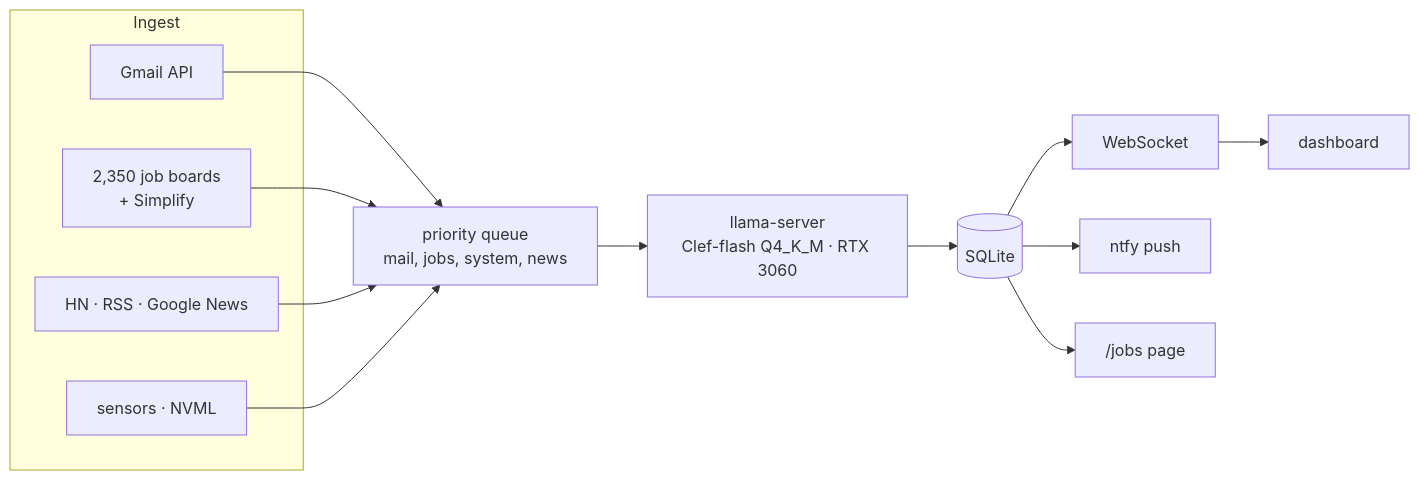
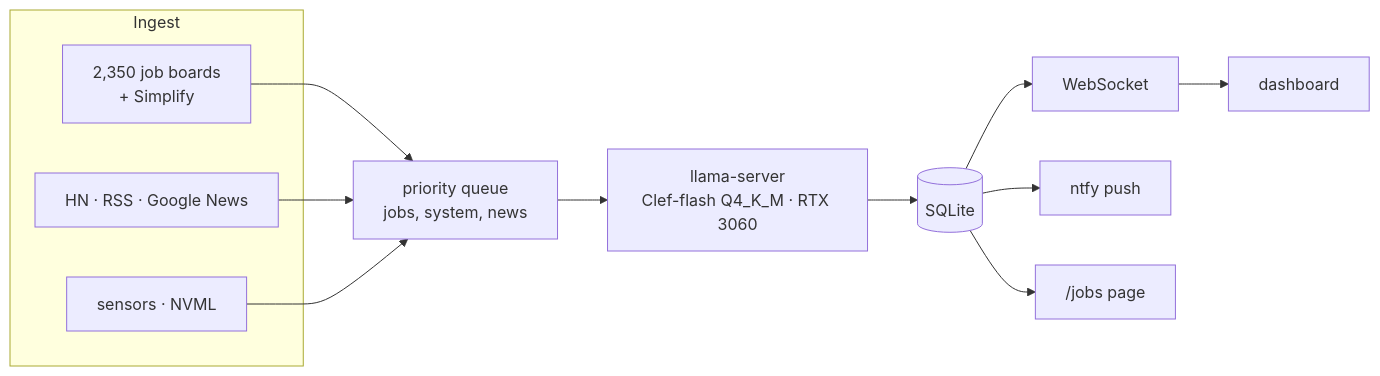
The diagram in README.md (NikhileshThiru/clef), drawn with Mermaid before and after one commit. The commit also changed other lines of this file and 26 other files, not shown here.

Commit message:
Remove mail; rank job matches, push only top ones; applied checkbox removes jobs from both lists

````diff
--- a/README.md
+++ b/README.md
@@ -64,16 +69,15 @@
 ```mermaid
 flowchart LR
     subgraph Ingest
-        G[Gmail API]
         B[2,350 job boards<br/>+ Simplify]
         N[HN · RSS · Google News]
         S[sensors · NVML]
     end
-    G & B & N & S --> Q["priority queue<br/>mail, jobs, system, news"]
+    B & N & S --> Q["priority queue<br/>jobs, system, news"]
     Q --> L["llama-server<br/>Clef-flash Q4_K_M · RTX 3060"]
     L --> D[(SQLite)]
     D --> W[WebSocket]
     W --> UI[dashboard]
     D --> P[ntfy push]
     D --> J["/jobs page"]
 ```
````
